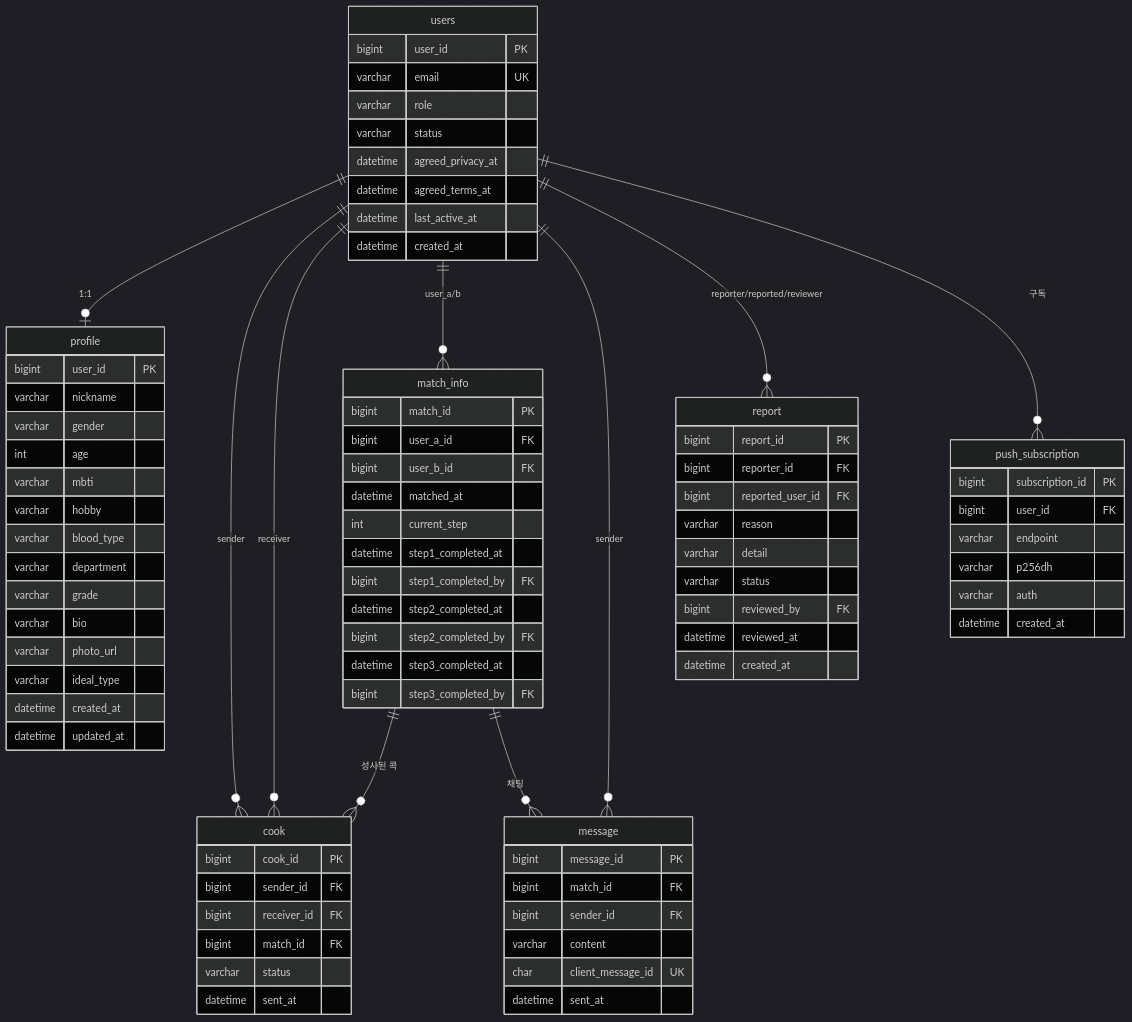
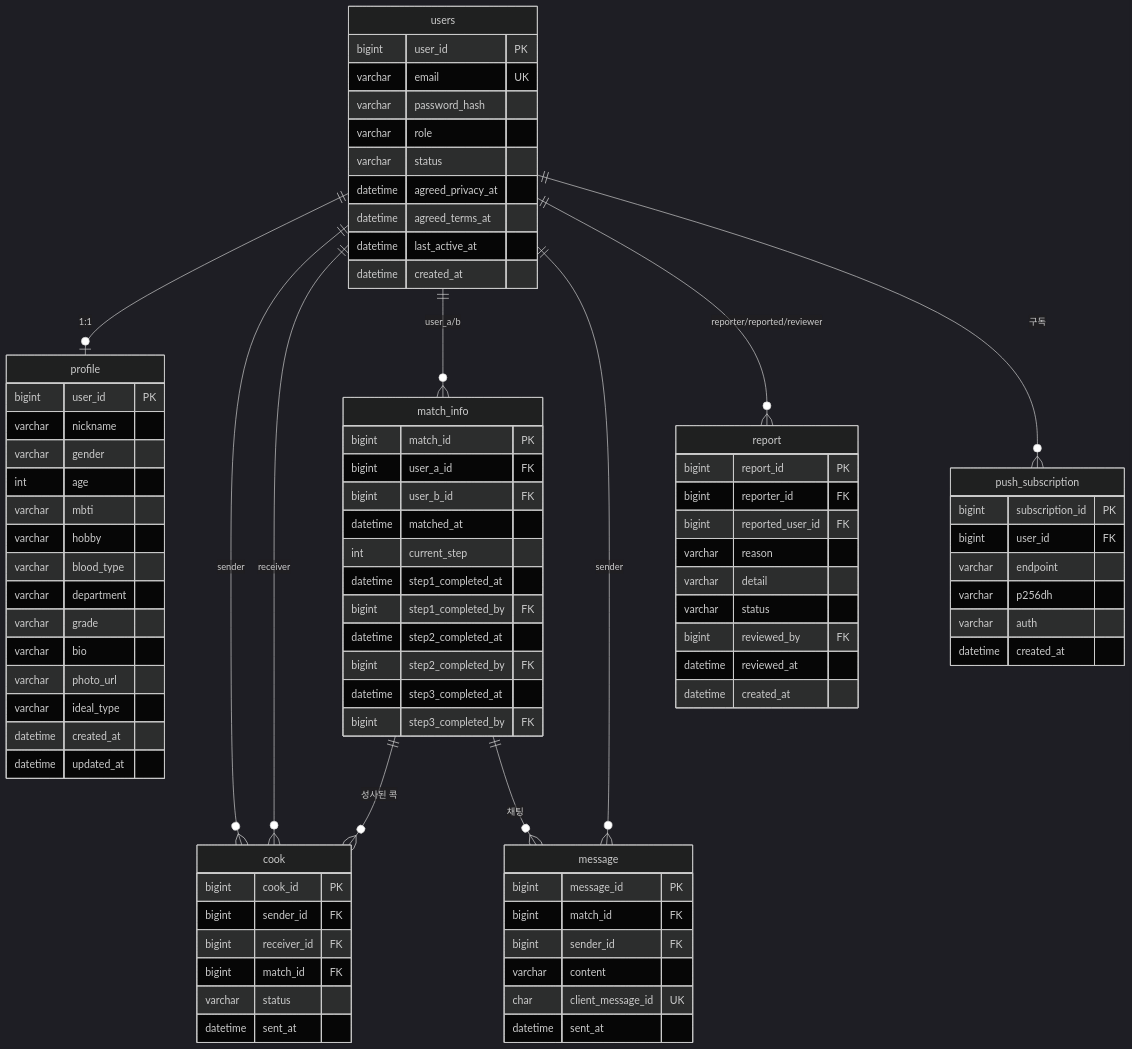
Before and after one commit to seoil-power-rangers/facecook-be: the diagram in docs/ERD.md, drawn with Mermaid (dark theme). The commit also changed other lines of this file and 17 other files, not shown here.

```diff
--- a/docs/ERD.md
+++ b/docs/ERD.md
@@ -33,6 +34,7 @@
     users {
         bigint user_id PK
         varchar email UK
+        varchar password_hash
         varchar role
         varchar status
         datetime agreed_privacy_at
```
